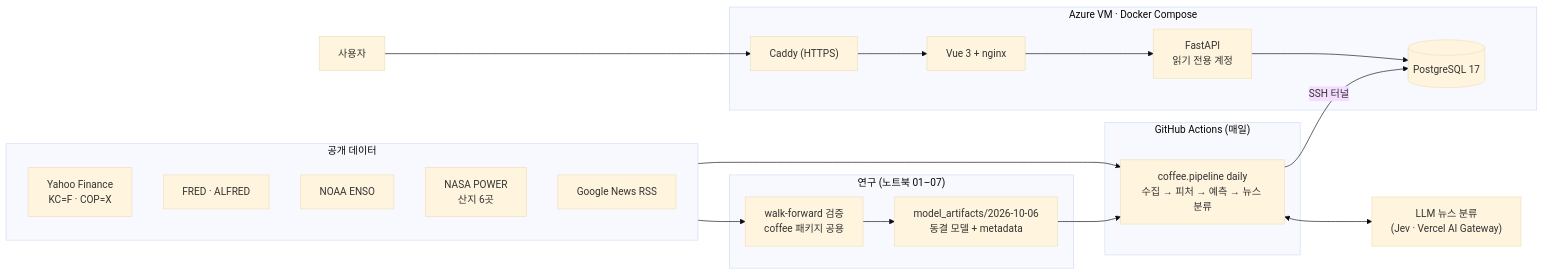
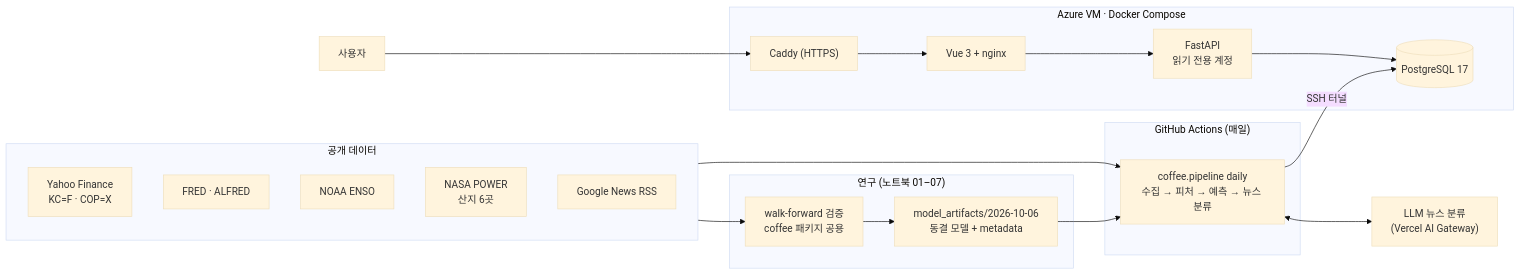
One commit to sjinie/Coffee_Price_Prediction changed the diagram in README.md. Above: the diagram before and after it, drawn with Mermaid (base theme). The commit also changed other lines of this file and 1 other file, not shown here.

````diff
--- a/README.md
+++ b/README.md
@@ -87,29 +104,29 @@
 ```mermaid
 flowchart LR
   subgraph src["공개 데이터"]
     Y["Yahoo Finance<br/>KC=F · COP=X"]
     F["FRED · ALFRED"]
     E["NOAA ENSO"]
     W["NASA POWER<br/>산지 6곳"]
     G["Google News RSS"]
   end
   subgraph lab["연구 (노트북 01–07)"]
     NB["walk-forward 검증<br/>coffee 패키지 공용"]
     ART["model_artifacts/2026-10-06<br/>동결 모델 + metadata"]
   end
   subgraph gha["GitHub Actions (매일)"]
     P["coffee.pipeline daily<br/>수집 → 피처 → 예측 → 뉴스 분류"]
   end
-  J["LLM 뉴스 분류<br/>(Jev · Vercel AI Gateway)"]
+  J["LLM 뉴스 분류<br/>(Vercel AI Gateway)"]
   subgraph vm["Azure VM · Docker Compose"]
     DB[("PostgreSQL 17")]
     API["FastAPI<br/>읽기 전용 계정"]
     WEB["Vue 3 + nginx"]
     C["Caddy (HTTPS)"]
   end
   src --> NB --> ART --> P
   src --> P
   P <--> J
   P -- "SSH 터널" --> DB
   U["사용자"] --> C --> WEB --> API --> DB
 ```
````
